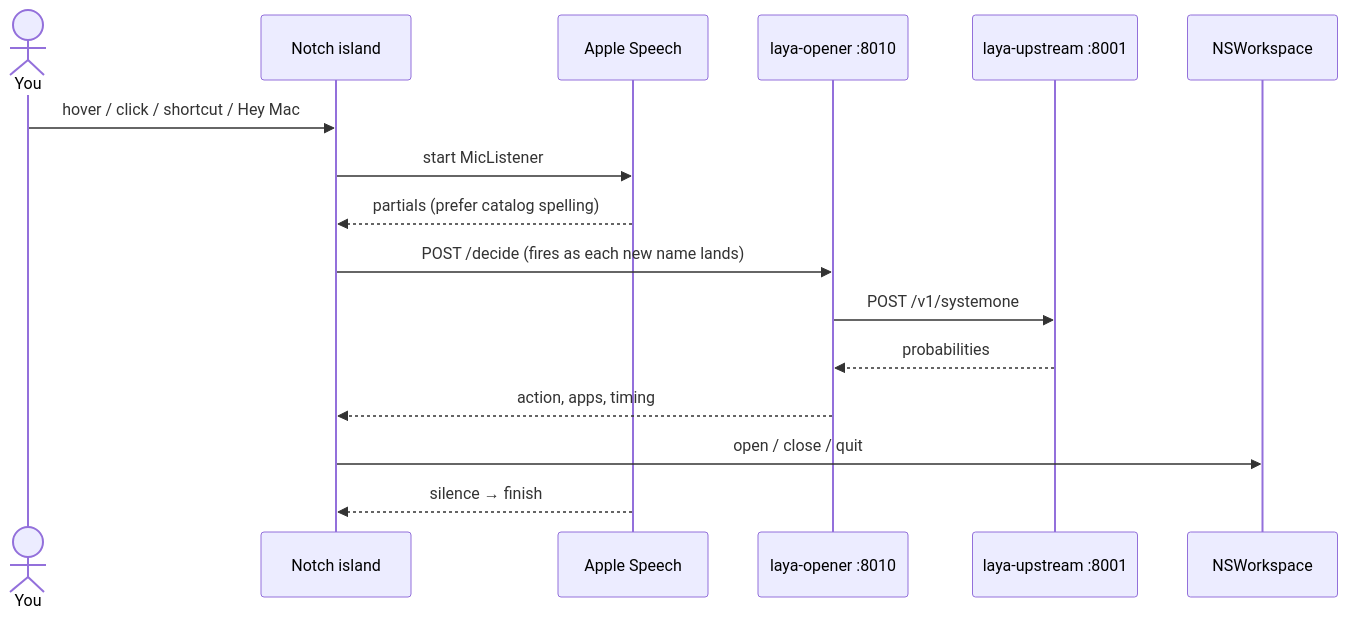
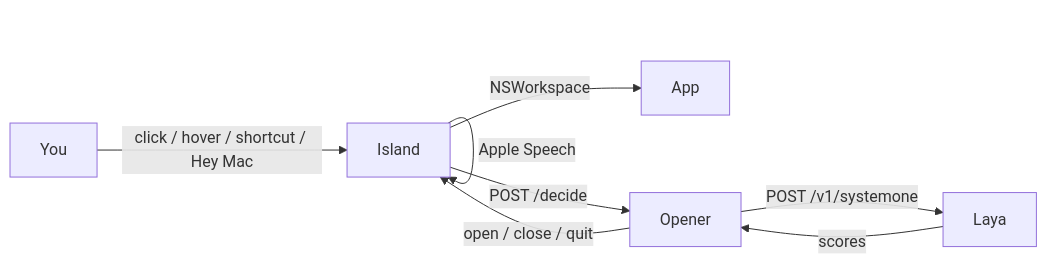
The diagram in README.md (AshutoshKY/sayso), drawn with Mermaid before and after one commit. The commit also changed other lines of this file and 2 other files, not shown here.

````diff
--- a/README.md
+++ b/README.md
@@ -69,19 +58,10 @@
 ```mermaid
-sequenceDiagram
-  actor You
-  participant Island as Notch island
-  participant Speech as Apple Speech
-  participant Opener as laya-opener :8010
-  participant Laya as laya-upstream :8001
-  participant Mac as NSWorkspace
-
-  You->>Island: hover / click / shortcut / Hey Mac
-  Island->>Speech: start MicListener
-  Speech-->>Island: partials (prefer catalog spelling)
-  Island->>Opener: POST /decide (fires as each new name lands)
-  Opener->>Laya: POST /v1/systemone
-  Laya-->>Opener: probabilities
-  Opener-->>Island: action, apps, timing
-  Island->>Mac: open / close / quit
-  Speech-->>Island: silence → finish
+flowchart LR
+  You -->|click / hover / shortcut / Hey Mac| Island
+  Island -->|Apple Speech| Island
+  Island -->|POST /decide| Opener
+  Opener -->|POST /v1/systemone| Laya
+  Laya -->|scores| Opener
+  Opener -->|open / close / quit| Island
+  Island -->|NSWorkspace| App
 ```
````
